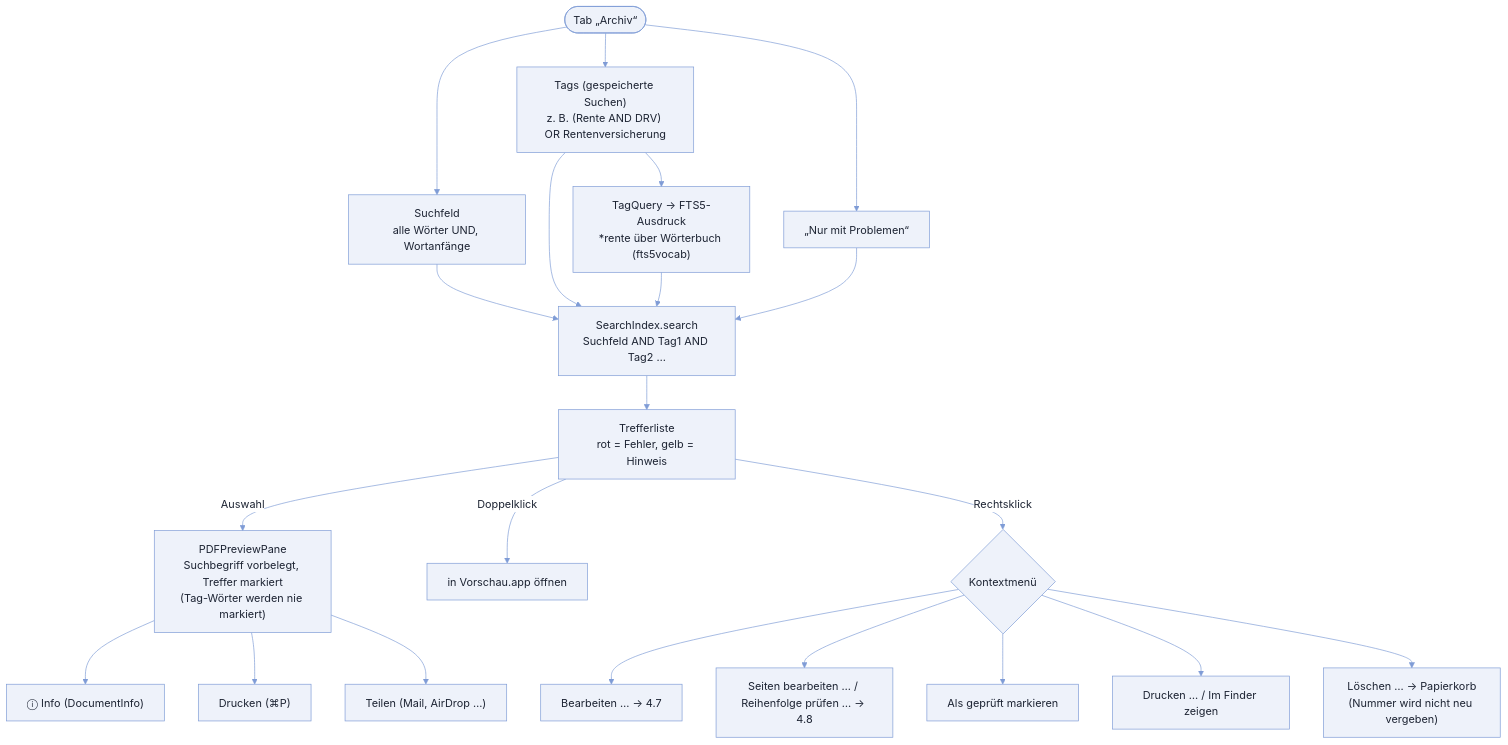
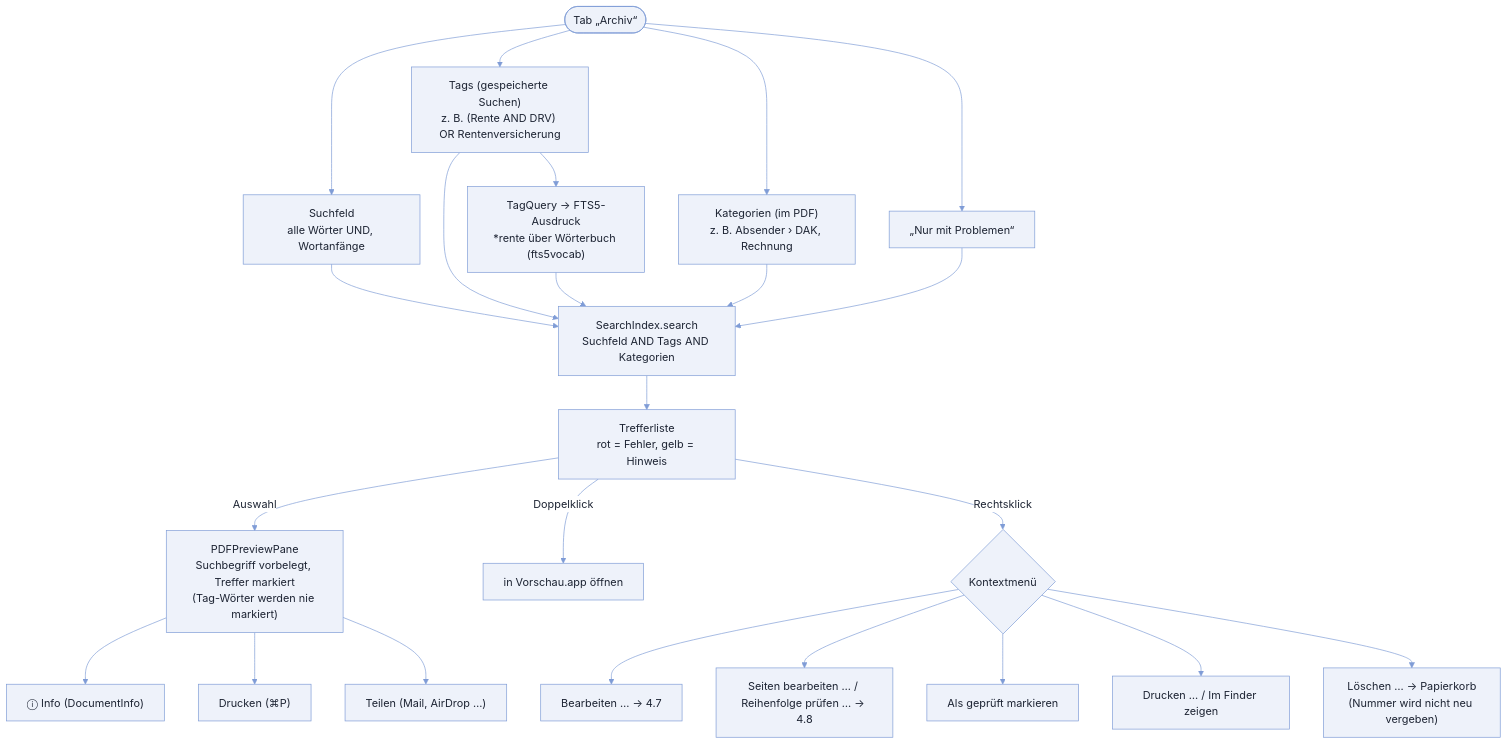
One commit to maziac/the-archiver-src changed the tenth of 14 diagrams in docs/ARCHITEKTUR.md. Above: the diagram before and after it, drawn with Mermaid. The commit also changed other lines of this file and 15 other files, not shown here.

First line of the commit message:
Kategorien: automatisch vergeben, hierarchisch, als Filter über den Tags

````diff
--- a/docs/ARCHITEKTUR.md
+++ b/docs/ARCHITEKTUR.md
@@ -369,21 +370,22 @@
 ```mermaid
 %%{init: {"theme": "base", "themeVariables": {"lineColor": "#7f9cd6", "primaryColor": "#eef2fa", "primaryTextColor": "#1d2433", "primaryBorderColor": "#7f9cd6", "secondaryColor": "#f3f0fa", "tertiaryColor": "#f6f8fc", "clusterBkg": "#f6f8fc", "clusterBorder": "#7f9cd6", "titleColor": "#1d2433", "edgeLabelBackground": "#ffffff", "textColor": "#1d2433", "signalColor": "#7f9cd6", "signalTextColor": "#7f9cd6", "actorBkg": "#eef2fa", "actorBorder": "#7f9cd6", "actorTextColor": "#1d2433", "actorLineColor": "#7f9cd6", "labelBoxBkgColor": "#eef2fa", "labelTextColor": "#1d2433", "loopTextColor": "#7f9cd6", "noteBkgColor": "#fff7d6", "noteTextColor": "#1d2433"}, "themeCSS": ".flowchart-link, .messageLine0, .messageLine1, .actor-line { stroke-width: 2px !important; }"}}%%
 flowchart TD
     A([Tab „Archiv“]) --> B["Suchfeld<br/>alle Wörter UND, Wortanfänge"]
     A --> T["Tags (gespeicherte Suchen)<br/>z. B. (Rente AND DRV) OR Rentenversicherung"]
+    A --> K["Kategorien (im PDF)<br/>z. B. Absender › DAK, Rechnung"]
     A --> F["„Nur mit Problemen“"]
-    B & T & F --> Q["SearchIndex.search<br/>Suchfeld AND Tag1 AND Tag2 …"]
+    B & T & K & F --> Q["SearchIndex.search<br/>Suchfeld AND Tags AND Kategorien"]
     T --> TQ["TagQuery → FTS5-Ausdruck<br/>*rente über Wörterbuch (fts5vocab)"] --> Q
     Q --> L["Trefferliste<br/>rot = Fehler, gelb = Hinweis"]
     L -- Auswahl --> V["PDFPreviewPane<br/>Suchbegriff vorbelegt, Treffer markiert<br/>(Tag-Wörter werden nie markiert)"]
     L -- Doppelklick --> O["in Vorschau.app öffnen"]
     V --> V1["ⓘ Info (DocumentInfo)"]
     V --> V2["Drucken (⌘P)"]
     V --> V3["Teilen (Mail, AirDrop …)"]
     L -- Rechtsklick --> M{"Kontextmenü"}
     M --> M1["Bearbeiten … → 4.7"]
     M --> M2["Seiten bearbeiten … / Reihenfolge prüfen … → 4.8"]
     M --> M3["Als geprüft markieren"]
     M --> M4["Drucken … / Im Finder zeigen"]
     M --> M5["Löschen … → Papierkorb<br/>(Nummer wird nicht neu vergeben)"]
 ```
````
